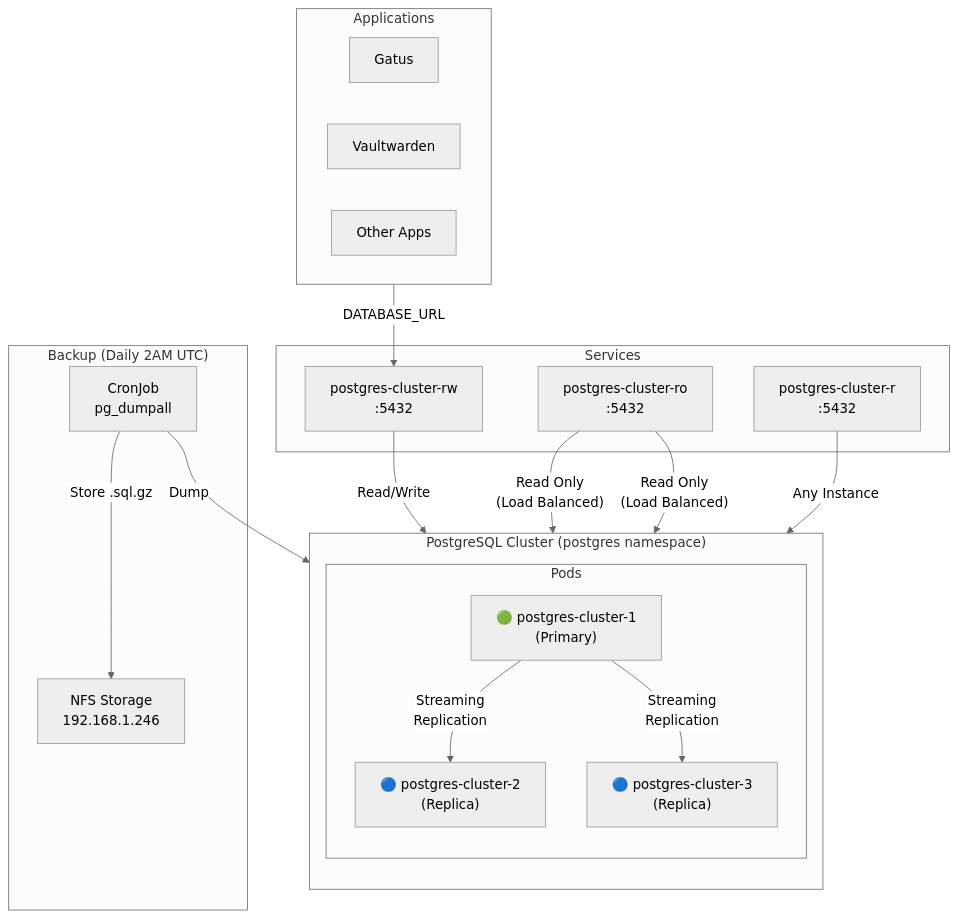
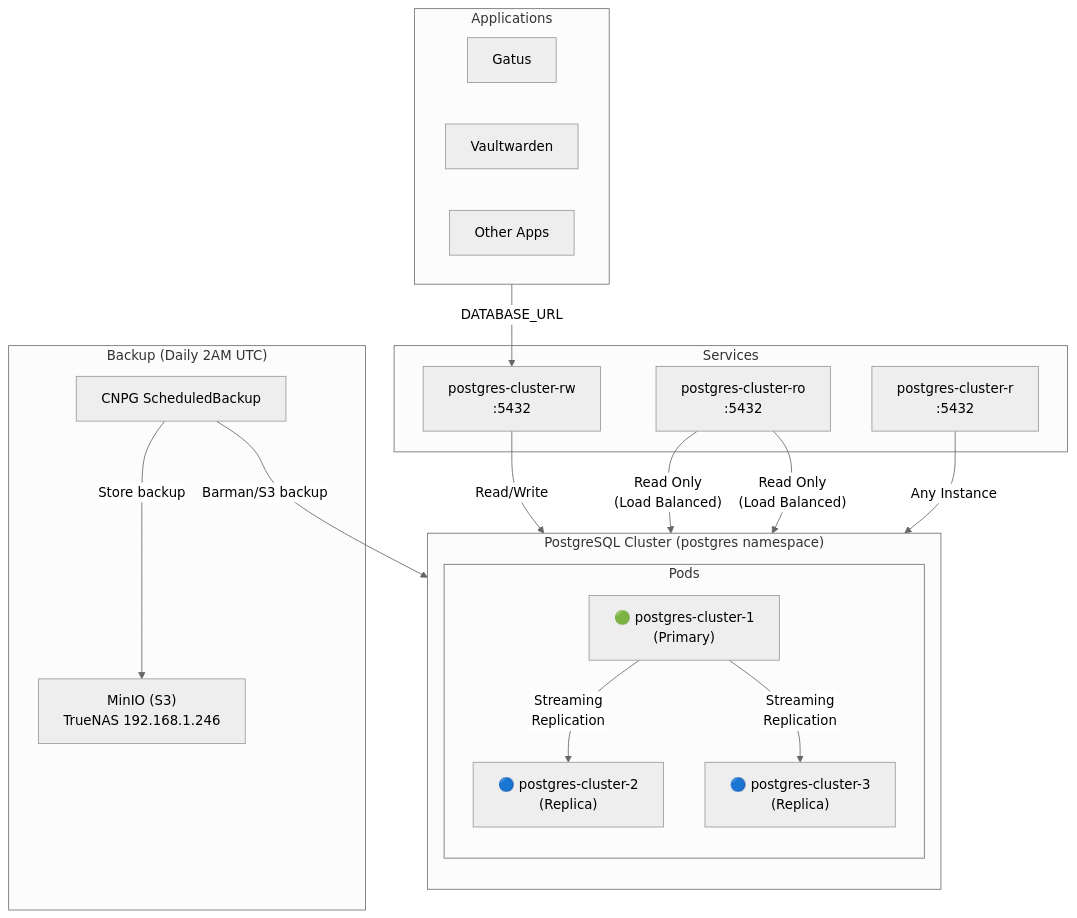
Before and after one commit to eosho/jigga.xyz: the first of 2 diagrams in k8s/apps/postgres/README.md, drawn with Mermaid (neutral theme). The commit also changed other lines of this file and 5 other files, not shown here.

Commit message:
refactor: update PostgreSQL backup strategy to use CloudNativePG ScheduledBackup with MinIO

````diff
--- a/k8s/apps/postgres/README.md
+++ b/k8s/apps/postgres/README.md
@@ -7,42 +7,42 @@
 ```mermaid
 flowchart TB
     subgraph cluster["PostgreSQL Cluster (postgres namespace)"]
         direction TB
 
         subgraph pods["Pods"]
             primary["🟢 postgres-cluster-1<br/>(Primary)"]
             replica1["🔵 postgres-cluster-2<br/>(Replica)"]
             replica2["🔵 postgres-cluster-3<br/>(Replica)"]
         end
 
         primary -->|"Streaming<br/>Replication"| replica1
         primary -->|"Streaming<br/>Replication"| replica2
     end
 
     subgraph services["Services"]
         rw["postgres-cluster-rw<br/>:5432"]
         ro["postgres-cluster-ro<br/>:5432"]
         r["postgres-cluster-r<br/>:5432"]
     end
 
     subgraph apps["Applications"]
         gatus["Gatus"]
         vaultwarden["Vaultwarden"]
         other["Other Apps"]
     end
 
     rw -->|"Read/Write"| primary
     ro -->|"Read Only<br/>(Load Balanced)"| replica1
     ro -->|"Read Only<br/>(Load Balanced)"| replica2
     r -->|"Any Instance"| pods
 
     apps -->|"DATABASE_URL"| rw
 
     subgraph backup["Backup (Daily 2AM UTC)"]
-        cronjob["CronJob<br/>pg_dumpall"]
-        nfs["NFS Storage<br/>192.168.1.246"]
+        scheduled["CNPG ScheduledBackup"]
+        minio["MinIO (S3)<br/>TrueNAS 192.168.1.246"]
     end
 
-    cronjob -->|"Dump"| primary
-    cronjob -->|"Store .sql.gz"| nfs
+    scheduled -->|"Barman/S3 backup"| primary
+    scheduled -->|"Store backup"| minio
 ```
````
